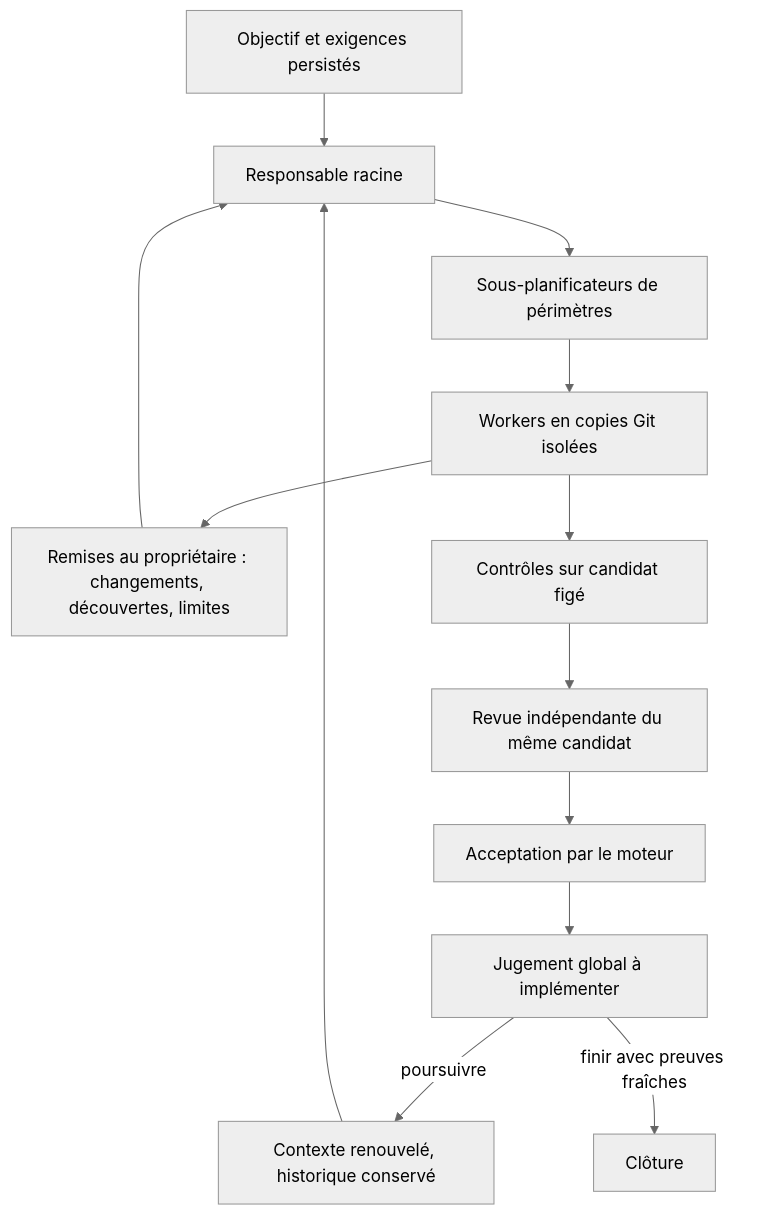
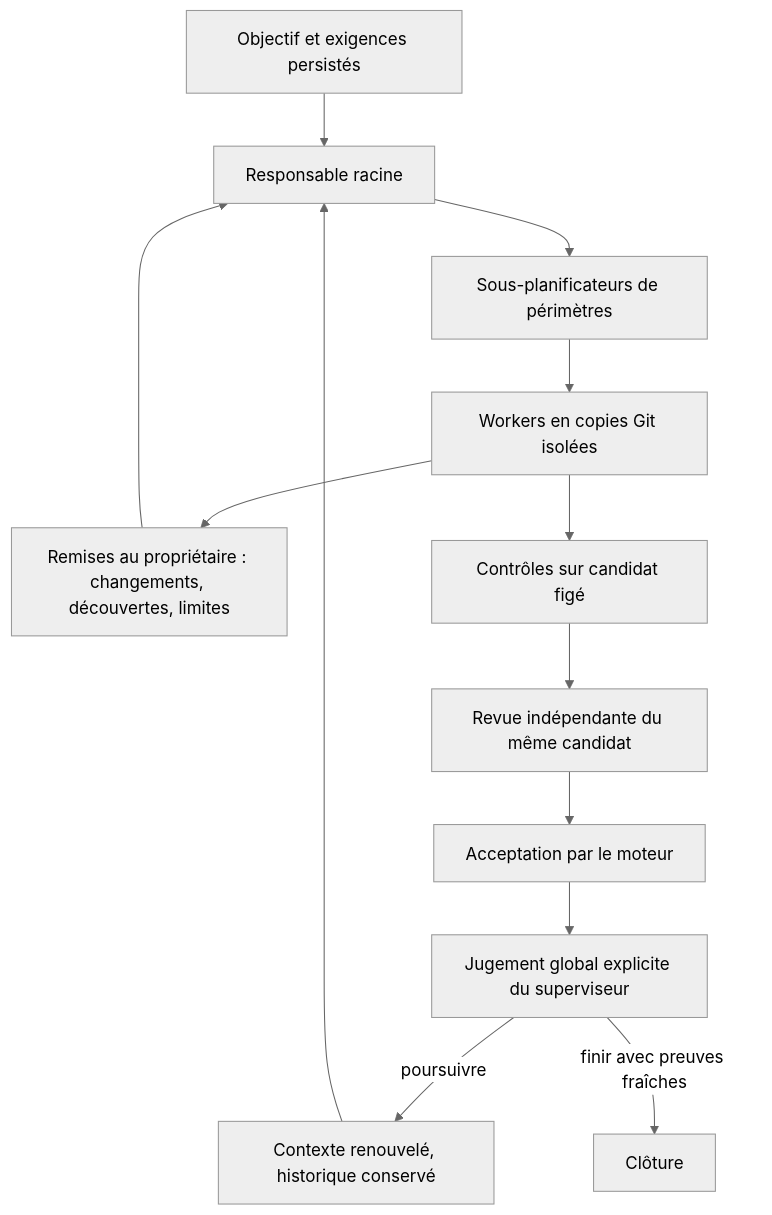
The first of 6 diagrams in docs/architecture/CURSOR-ENGINE-EVOLUTION-20261010.md (mo0ogly/swarm), drawn with Mermaid (neutral theme) before and after one commit. The commit also changed other lines of this file and 26 other files, not shown here.

````diff
--- a/docs/architecture/CURSOR-ENGINE-EVOLUTION-20261010.md
+++ b/docs/architecture/CURSOR-ENGINE-EVOLUTION-20261010.md
@@ -33,15 +33,15 @@
 ```mermaid
 flowchart TD
     O[Objectif et exigences persistés] --> P[Responsable racine]
     P --> S[Sous-planificateurs de périmètres]
     S --> W[Workers en copies Git isolées]
     W --> H[Remises au propriétaire : changements, découvertes, limites]
     H --> P
     W --> C[Contrôles sur candidat figé]
     C --> R[Revue indépendante du même candidat]
     R --> A[Acceptation par le moteur]
-    A --> J[Jugement global à implémenter]
+    A --> J[Jugement global explicite du superviseur]
     J -->|poursuivre| N[Contexte renouvelé, historique conservé]
     N --> P
     J -->|finir avec preuves fraîches| F[Clôture]
 ```
````
